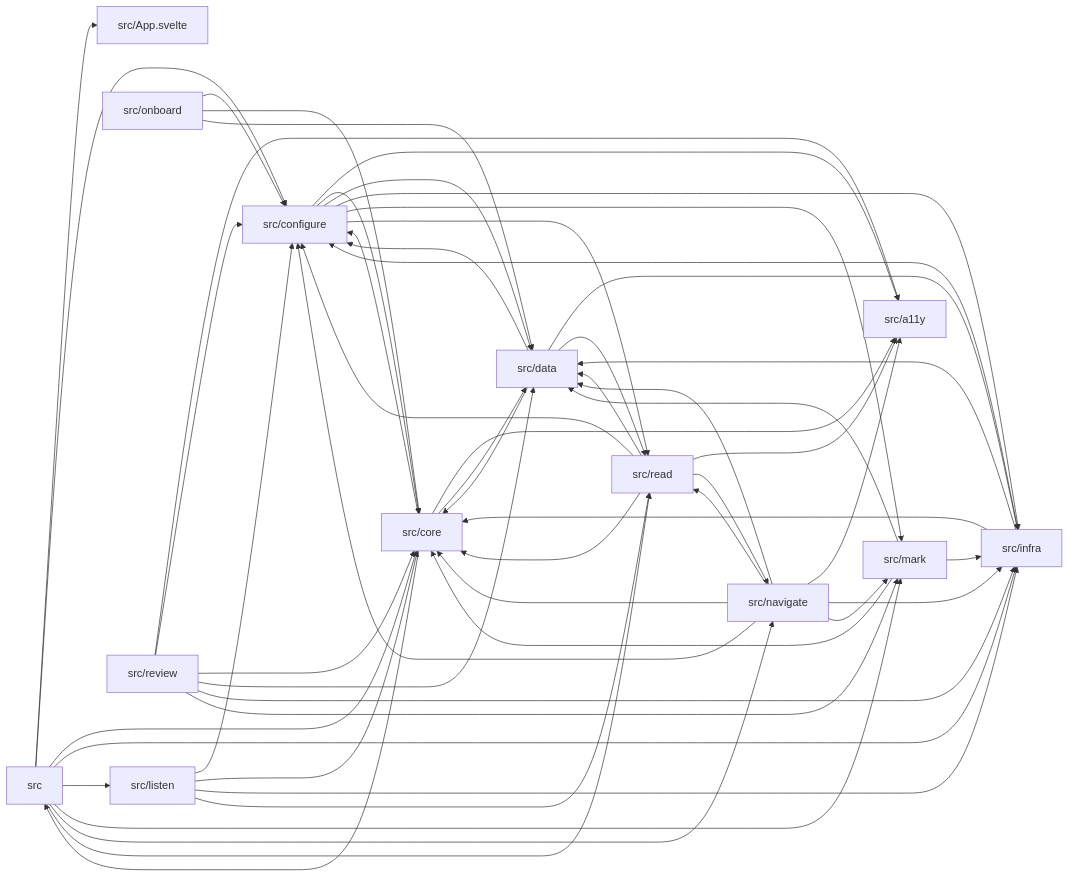
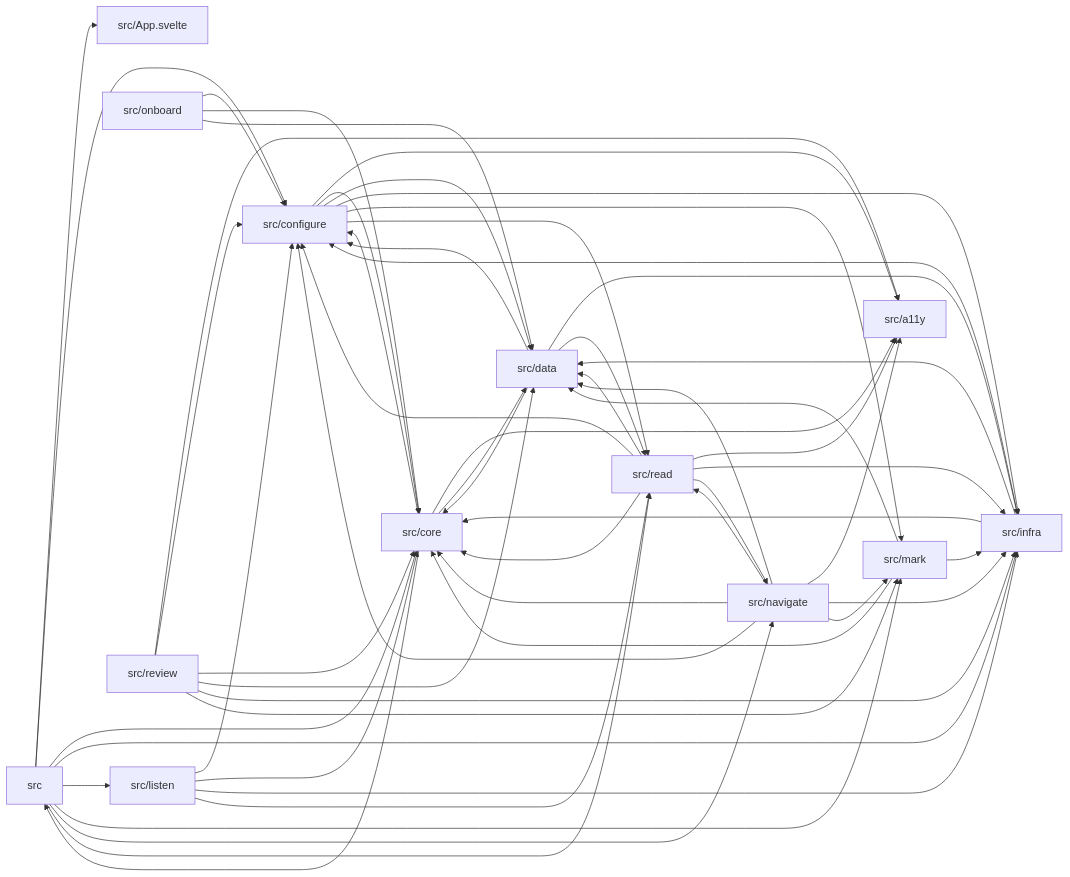
One commit to Omar-MD/QuranAtlas changed the diagram in docs/context/module-graph.md. Above: the diagram before and after it, drawn with Mermaid. The commit also changed other lines of this file and 13 other files, not shown here.

````diff
--- a/docs/context/module-graph.md
+++ b/docs/context/module-graph.md
@@ -10,69 +10,70 @@
 ```mermaid
 graph LR
   src["src"]
   src_App_svelte["src/App.svelte"]
   src_a11y["src/a11y"]
   src_configure["src/configure"]
   src_core["src/core"]
   src_data["src/data"]
   src_infra["src/infra"]
   src_listen["src/listen"]
   src_mark["src/mark"]
   src_navigate["src/navigate"]
   src_onboard["src/onboard"]
   src_read["src/read"]
   src_review["src/review"]
   src --> src_App_svelte
   src --> src_configure
   src --> src_core
   src --> src_infra
   src --> src_listen
   src --> src_mark
   src --> src_navigate
   src --> src_read
   src_configure --> src_a11y
   src_configure --> src_core
   src_configure --> src_data
   src_configure --> src_infra
   src_configure --> src_mark
   src_configure --> src_read
   src_core --> src
   src_core --> src_a11y
   src_core --> src_configure
   src_core --> src_data
   src_data --> src_configure
   src_data --> src_core
   src_data --> src_infra
   src_data --> src_read
   src_infra --> src_configure
   src_infra --> src_core
   src_infra --> src_data
   src_listen --> src_configure
   src_listen --> src_core
   src_listen --> src_infra
   src_listen --> src_read
   src_mark --> src_core
   src_mark --> src_data
   src_mark --> src_infra
   src_navigate --> src_a11y
   src_navigate --> src_configure
   src_navigate --> src_core
   src_navigate --> src_data
   src_navigate --> src_infra
   src_navigate --> src_mark
   src_navigate --> src_read
   src_onboard --> src_configure
   src_onboard --> src_core
   src_onboard --> src_data
   src_read --> src_a11y
   src_read --> src_configure
   src_read --> src_core
   src_read --> src_data
+  src_read --> src_infra
   src_read --> src_navigate
   src_review --> src_a11y
   src_review --> src_configure
   src_review --> src_core
   src_review --> src_data
   src_review --> src_infra
   src_review --> src_mark
 ```
````
